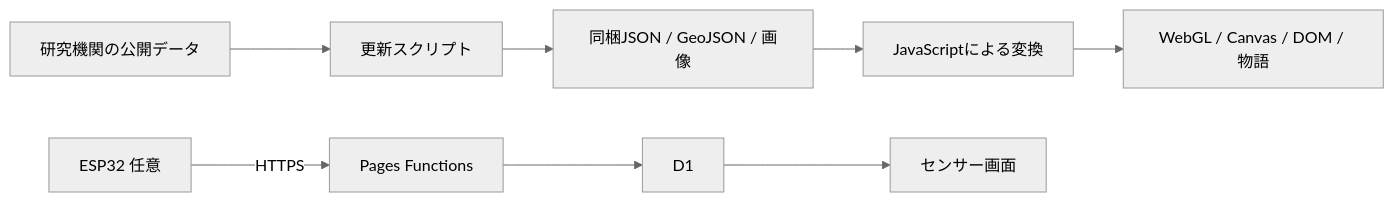
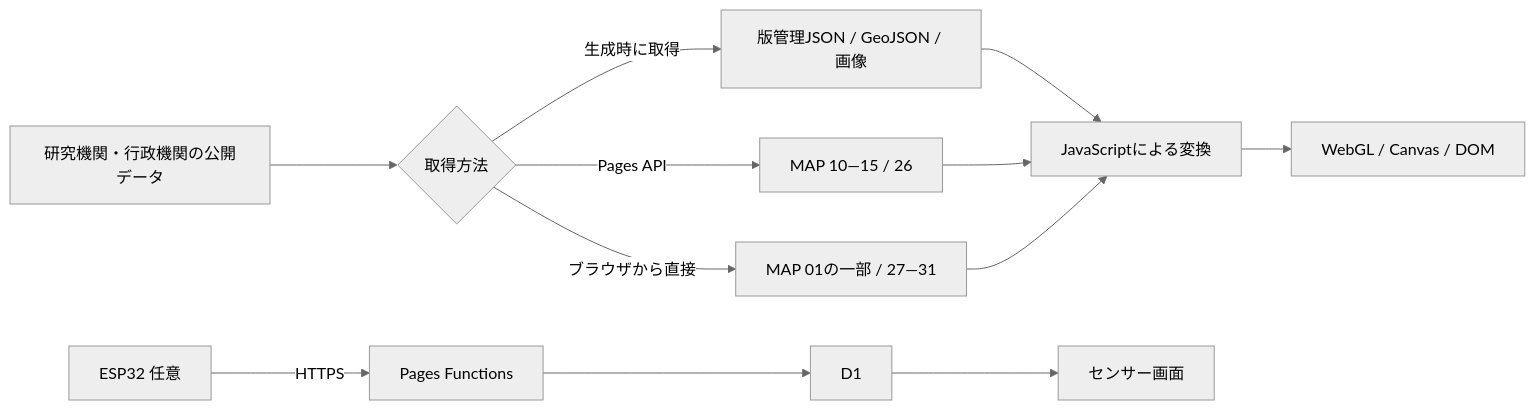
The diagram in docs/CONTEST_2026_SUBMISSION.md (hinahina-vr/gaia-senseware), drawn with Mermaid (neutral theme) before and after one commit. The commit also changed other lines of this file and 4 other files, not shown here.

````diff
--- a/docs/CONTEST_2026_SUBMISSION.md
+++ b/docs/CONTEST_2026_SUBMISSION.md
@@ -20,10 +43,14 @@
 ```mermaid
 flowchart LR
-  A[研究機関の公開データ] --> B[更新スクリプト]
-  B --> C[同梱JSON / GeoJSON / 画像]
-  C --> D[JavaScriptによる変換]
-  D --> E[WebGL / Canvas / DOM / 物語]
-  F[ESP32 任意] -->|HTTPS| G[Pages Functions]
-  G --> H[D1]
-  H --> I[センサー画面]
+  A[研究機関・行政機関の公開データ] --> B{取得方法}
+  B -->|生成時に取得| C[版管理JSON / GeoJSON / 画像]
+  B -->|Pages API| D[MAP 10—15 / 26]
+  B -->|ブラウザから直接| E[MAP 01の一部 / 27—31]
+  C --> F[JavaScriptによる変換]
+  D --> F
+  E --> F
+  F --> G[WebGL / Canvas / DOM]
+  H[ESP32 任意] -->|HTTPS| I[Pages Functions]
+  I --> J[D1]
+  J --> K[センサー画面]
 ```
````
